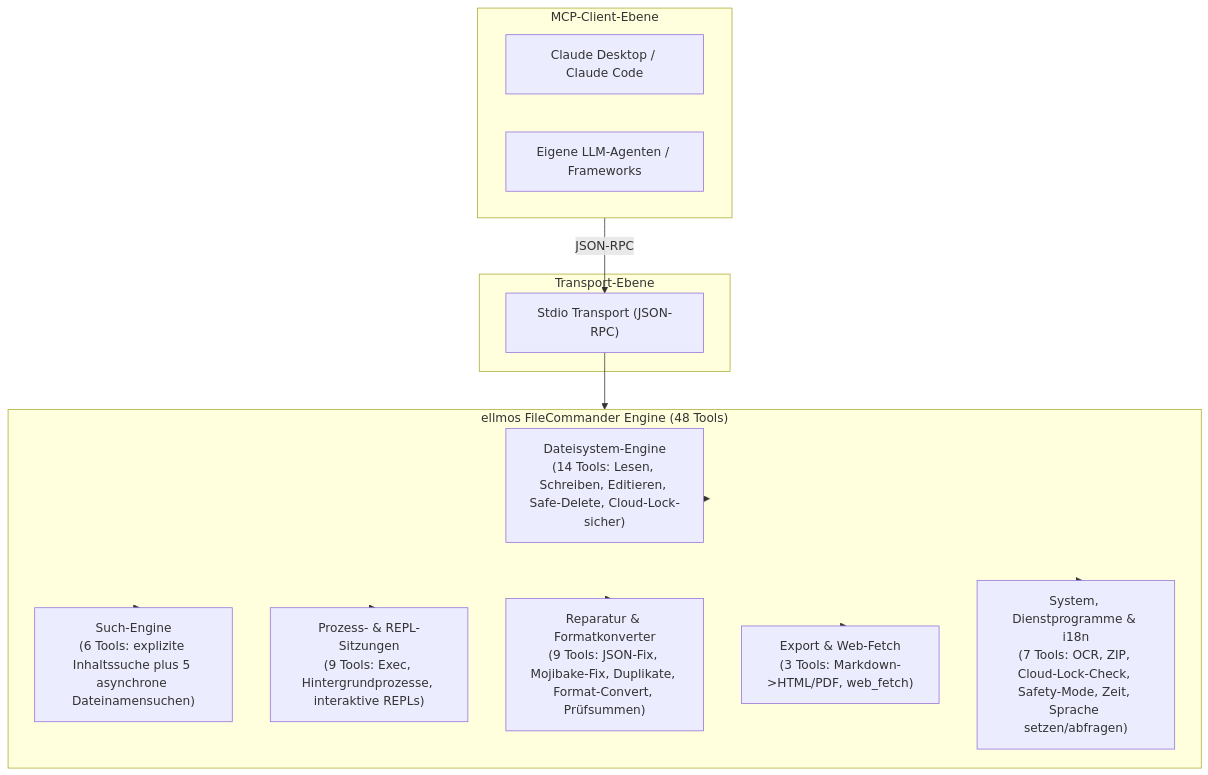
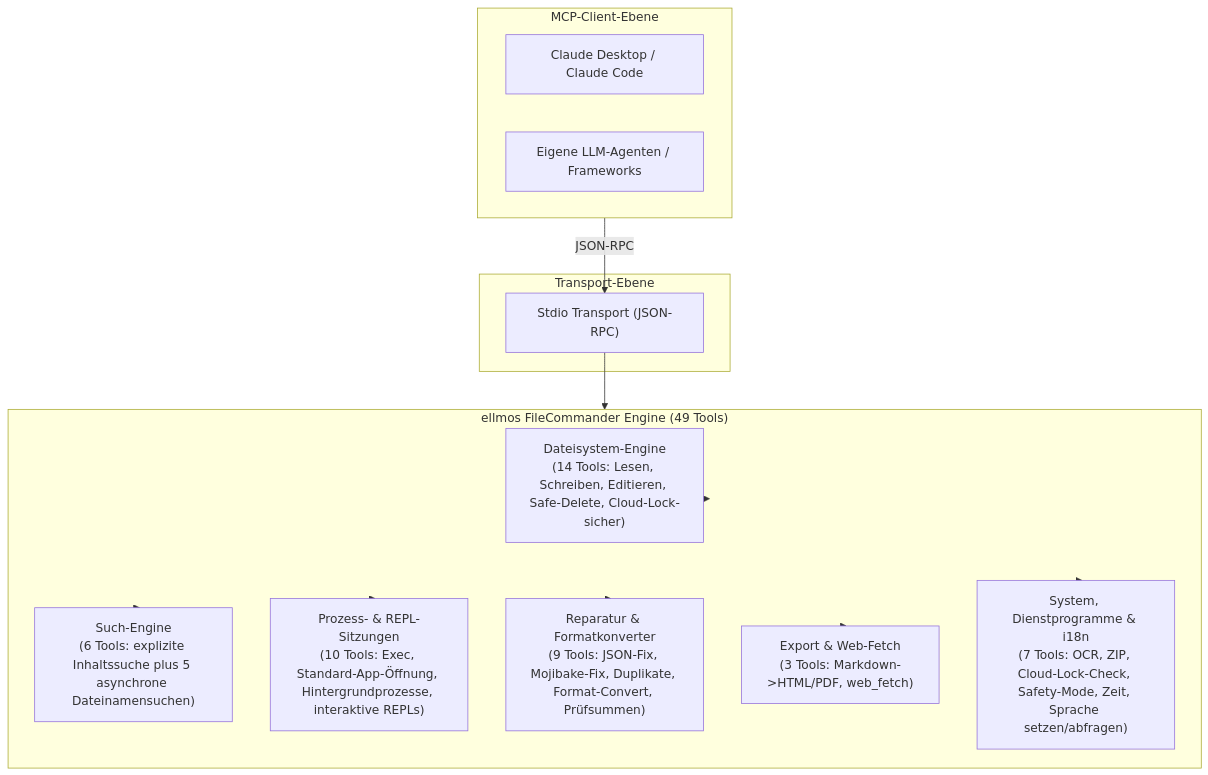
The first of 2 diagrams in README_de.md (lukisch/bach-filecommander-mcp), drawn with Mermaid before and after one commit. The commit also changed other lines of this file and 22 other files, not shown here.

````diff
--- a/README_de.md
+++ b/README_de.md
@@ -63,29 +63,29 @@
 ```mermaid
 flowchart TD
     subgraph Client["MCP-Client-Ebene"]
         Claude["Claude Desktop / Claude Code"]
         Custom["Eigene LLM-Agenten / Frameworks"]
     end
 
     subgraph Transport["Transport-Ebene"]
         Stdio["Stdio Transport (JSON-RPC)"]
     end
 
-    subgraph Core["ellmos FileCommander Engine (48 Tools)"]
+    subgraph Core["ellmos FileCommander Engine (49 Tools)"]
         FS["Dateisystem-Engine\n(14 Tools: Lesen, Schreiben, Editieren, Safe-Delete, Cloud-Lock-sicher)"]
         Search["Such-Engine\n(6 Tools: explizite Inhaltssuche plus 5 asynchrone Dateinamensuchen)"]
-        Proc["Prozess- & REPL-Sitzungen\n(9 Tools: Exec, Hintergrundprozesse, interaktive REPLs)"]
+        Proc["Prozess- & REPL-Sitzungen\n(10 Tools: Exec, Standard-App-Öffnung, Hintergrundprozesse, interaktive REPLs)"]
         Repair["Reparatur & Formatkonverter\n(9 Tools: JSON-Fix, Mojibake-Fix, Duplikate, Format-Convert, Prüfsummen)"]
         Export["Export & Web-Fetch\n(3 Tools: Markdown->HTML/PDF, web_fetch)"]
         Sys["System, Dienstprogramme & i18n\n(7 Tools: OCR, ZIP, Cloud-Lock-Check, Safety-Mode, Zeit, Sprache setzen/abfragen)"]
     end
 
     Client -->|JSON-RPC| Stdio
     Stdio --> Core
     Core --> FS
     Core --> Search
     Core --> Proc
     Core --> Repair
     Core --> Export
     Core --> Sys
 ```
````
